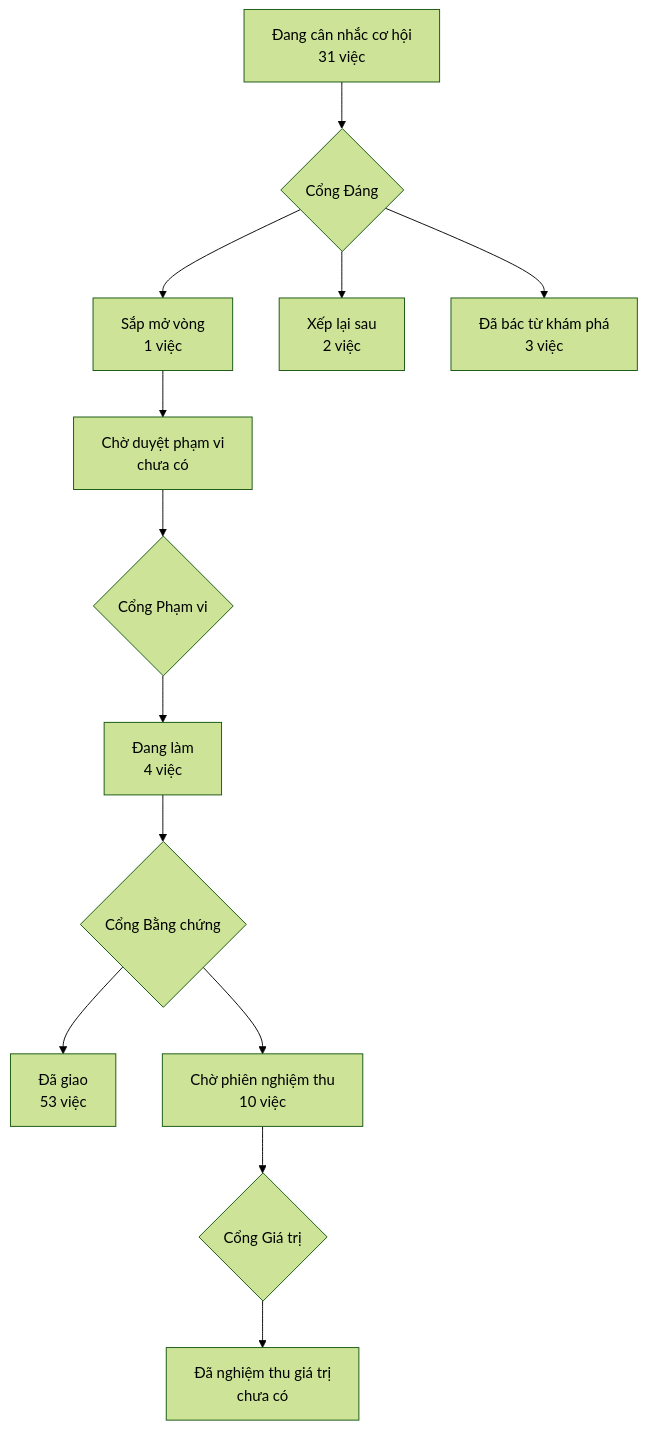
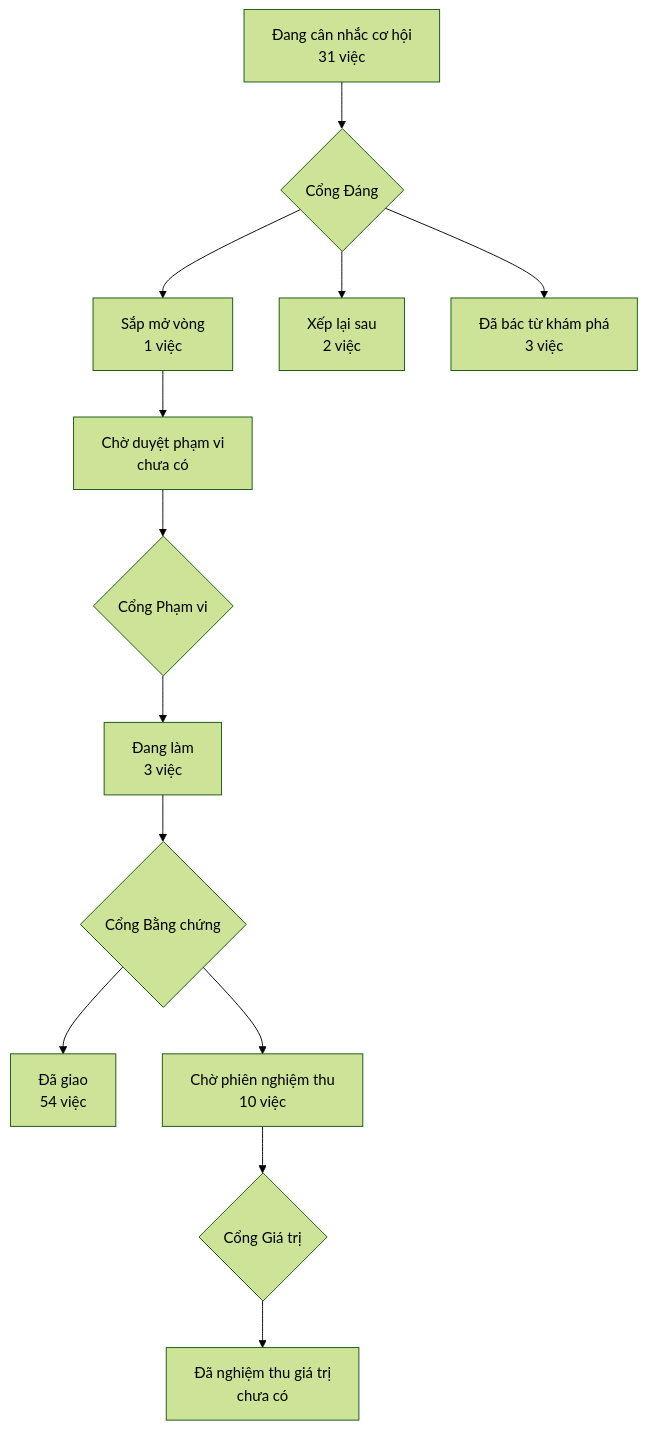
The diagram in PRODUCT-MAP.md (phanlemanh/acceptance-gate-kit), drawn with Mermaid (forest theme) before and after one commit. The commit also changed 4 other files, not shown here.

````diff
--- a/PRODUCT-MAP.md
+++ b/PRODUCT-MAP.md
@@ -6,12 +6,12 @@
 ```mermaid
 flowchart TD
   A["Đang cân nhắc cơ hội<br/>31 việc"] --> GD{"Cổng Đáng"}
   GD --> B["Sắp mở vòng<br/>1 việc"]
   GD --> XL["Xếp lại sau<br/>2 việc"]
   GD --> DB["Đã bác từ khám phá<br/>3 việc"]
   B --> CD["Chờ duyệt phạm vi<br/>chưa có"] --> GP{"Cổng Phạm vi"}
-  GP --> DL["Đang làm<br/>4 việc"] --> GB{"Cổng Bằng chứng"}
-  GB --> DG["Đã giao<br/>53 việc"]
+  GP --> DL["Đang làm<br/>3 việc"] --> GB{"Cổng Bằng chứng"}
+  GB --> DG["Đã giao<br/>54 việc"]
   GB --> CN["Chờ phiên nghiệm thu<br/>10 việc"] --> GG{"Cổng Giá trị"}
   GG --> NT["Đã nghiệm thu giá trị<br/>chưa có"]
 ```
````
